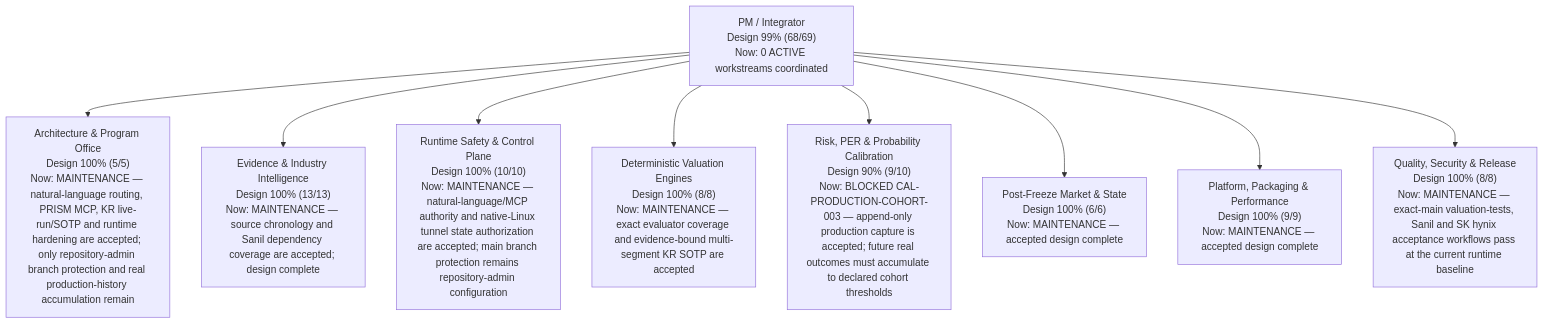
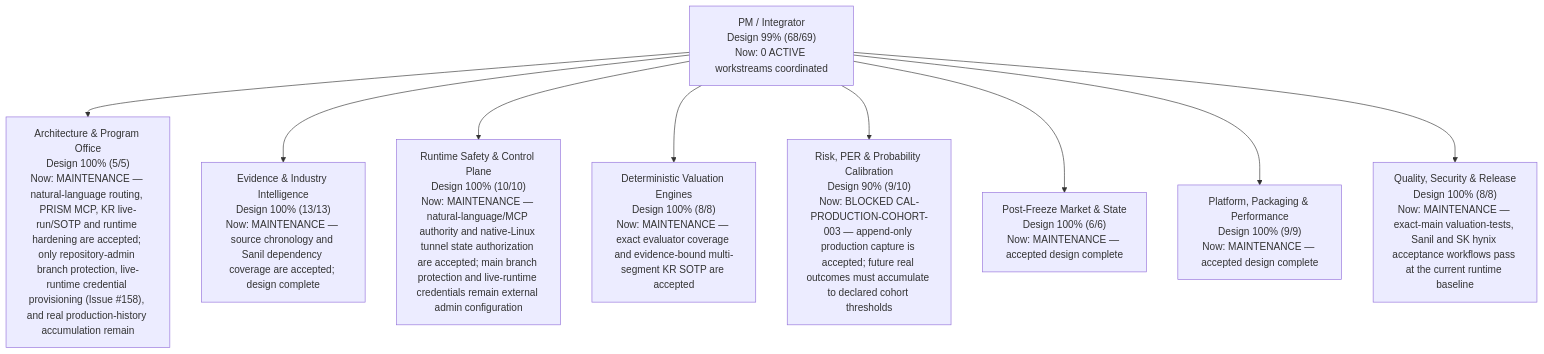
The diagram in PROJECT_STATUS.md (newwonwoo/valuation), drawn with Mermaid before and after one commit. The commit also changed other lines of this file and 3 other files, not shown here.

Commit message:
chore: record external PRISM operations blockers

````diff
--- a/PROJECT_STATUS.md
+++ b/PROJECT_STATUS.md
@@ -24,12 +24,12 @@
 ```mermaid
 flowchart TB
   PM["PM / Integrator<br/>Design 99% (68/69)<br/>Now: 0 ACTIVE workstreams coordinated"]
-  PM --> PMO["Architecture & Program Office<br/>Design 100% (5/5)<br/>Now: MAINTENANCE — natural-language routing, PRISM MCP, KR live-run/SOTP and runtime hardening are accepted; only repository-admin branch protection and real production-history accumulation remain"]
+  PM --> PMO["Architecture & Program Office<br/>Design 100% (5/5)<br/>Now: MAINTENANCE — natural-language routing, PRISM MCP, KR live-run/SOTP and runtime hardening are accepted; only repository-admin branch protection, live-runtime credential provisioning (Issue #158), and real production-history accumulation remain"]
   PM --> EVIDENCE["Evidence & Industry Intelligence<br/>Design 100% (13/13)<br/>Now: MAINTENANCE — source chronology and Sanil dependency coverage are accepted; design complete"]
-  PM --> RUNTIME["Runtime Safety & Control Plane<br/>Design 100% (10/10)<br/>Now: MAINTENANCE — natural-language/MCP authority and native-Linux tunnel state authorization are accepted; main branch protection remains repository-admin configuration"]
+  PM --> RUNTIME["Runtime Safety & Control Plane<br/>Design 100% (10/10)<br/>Now: MAINTENANCE — natural-language/MCP authority and native-Linux tunnel state authorization are accepted; main branch protection and live-runtime credentials remain external admin configuration"]
   PM --> VALUATION["Deterministic Valuation Engines<br/>Design 100% (8/8)<br/>Now: MAINTENANCE — exact evaluator coverage and evidence-bound multi-segment KR SOTP are accepted"]
   PM --> CALIBRATION["Risk, PER & Probability Calibration<br/>Design 90% (9/10)<br/>Now: BLOCKED CAL-PRODUCTION-COHORT-003 — append-only production capture is accepted; future real outcomes must accumulate to declared cohort thresholds"]
   PM --> POST_FREEZE["Post-Freeze Market & State<br/>Design 100% (6/6)<br/>Now: MAINTENANCE — accepted design complete"]
   PM --> PLATFORM["Platform, Packaging & Performance<br/>Design 100% (9/9)<br/>Now: MAINTENANCE — accepted design complete"]
   PM --> QA_RELEASE["Quality, Security & Release<br/>Design 100% (8/8)<br/>Now: MAINTENANCE — exact-main valuation-tests, Sanil and SK hynix acceptance workflows pass at the current runtime baseline"]
 ```
````
